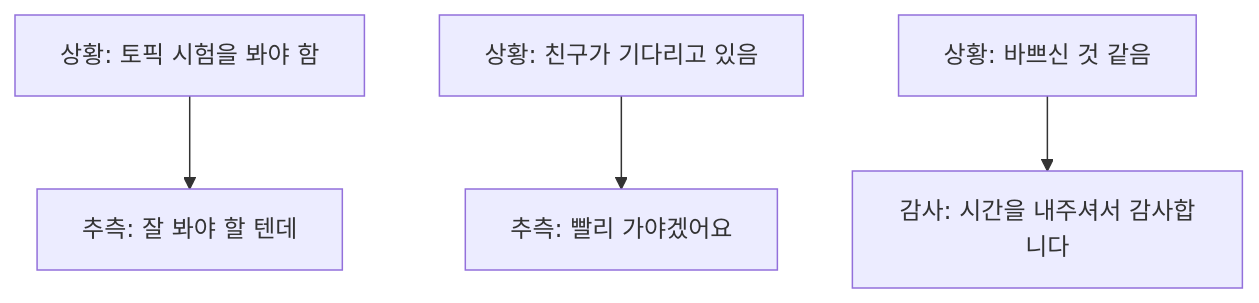
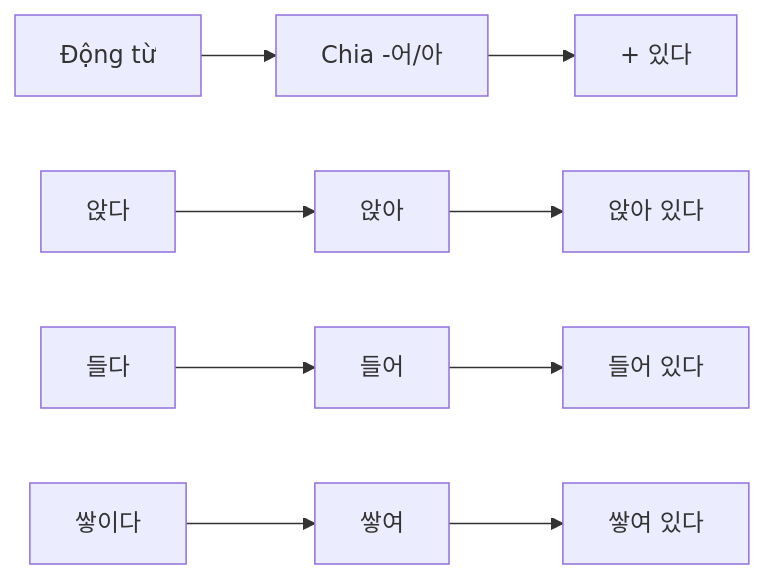
Before and after one commit to khieu-dv/vievlog: the second of 3 diagrams in src/content/soft-skills/korean/bai-16.mdx, drawn with Mermaid. The commit also changed other lines of this file, not shown here.

````diff
--- a/src/content/soft-skills/korean/bai-16.mdx
+++ b/src/content/soft-skills/korean/bai-16.mdx
@@ -69,6 +116,8 @@
 ```mermaid
-flowchart TD
-    A[상황: 토픽 시험을 봐야 함] --> B[추측: 잘 봐야 할 텐데]
-    C[상황: 친구가 기다리고 있음] --> D[추측: 빨리 가야겠어요]
-    E[상황: 바쁘신 것 같음] --> F[감사: 시간을 내주셔서 감사합니다]
+graph LR
+    A[Động từ] --> B[Chia -어/아] --> C[+ 있다]
+    
+    D[앉다] --> E[앉아] --> F[앉아 있다]
+    G[들다] --> H[들어] --> I[들어 있다]
+    J[쌓이다] --> K[쌓여] --> L[쌓여 있다]
 ```
````
